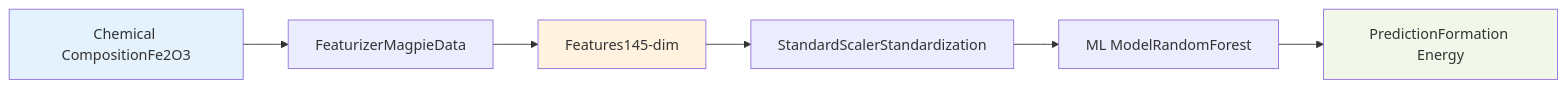
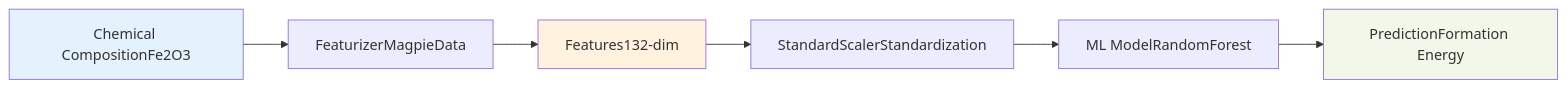
Before and after one commit to YusukeHashimotoLab/AI-Knowledge-Notes: the diagram in knowledge/en/MI/composition-features-introduction/chapter-4.md, drawn with Mermaid. The commit also changed other lines of this file and 723 other files, not shown here.

````diff
--- a/knowledge/en/MI/composition-features-introduction/chapter-4.md
+++ b/knowledge/en/MI/composition-features-introduction/chapter-4.md
@@ -35,11 +35,11 @@
     ```mermaid
     graph LR
                     A[Chemical CompositionFe2O3] --> B[FeaturizerMagpieData]
-                    B --> C[Features145-dim]
+                    B --> C[Features132-dim]
                     C --> D[StandardScalerStandardization]
                     D --> E[ML ModelRandomForest]
                     E --> F[PredictionFormation Energy]
                     style A fill:#e3f2fd
                     style C fill:#fff3e0
                     style F fill:#f1f8e9
     ```
````
